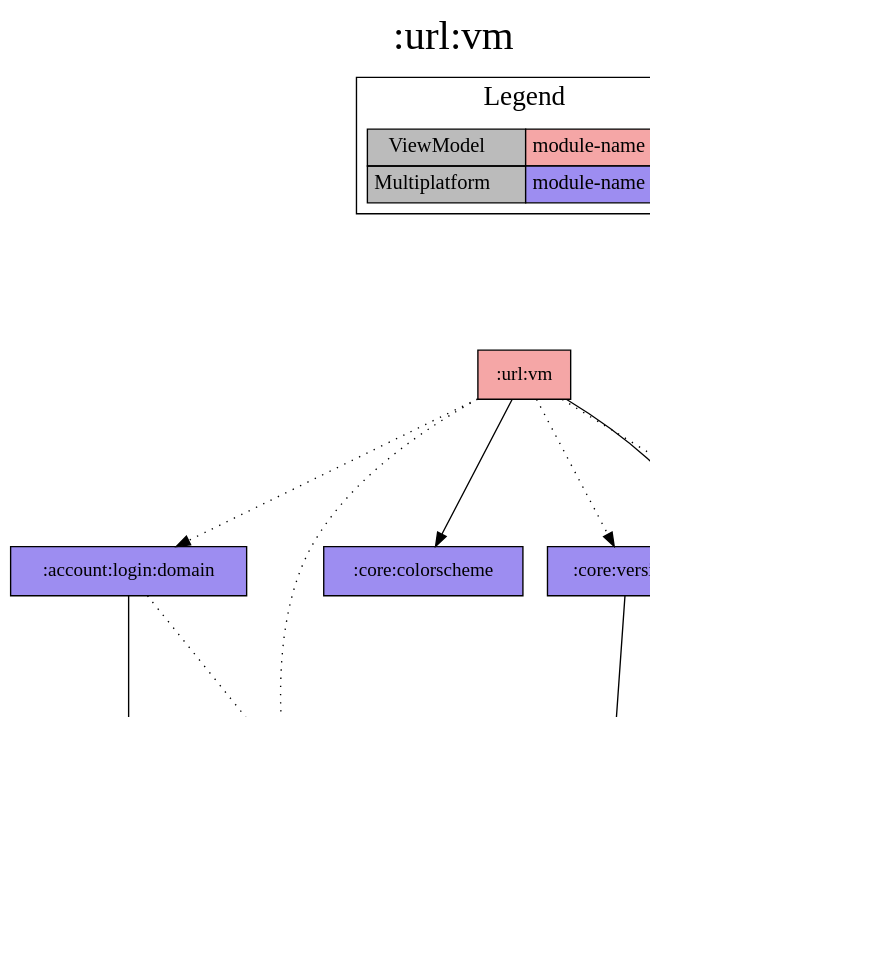
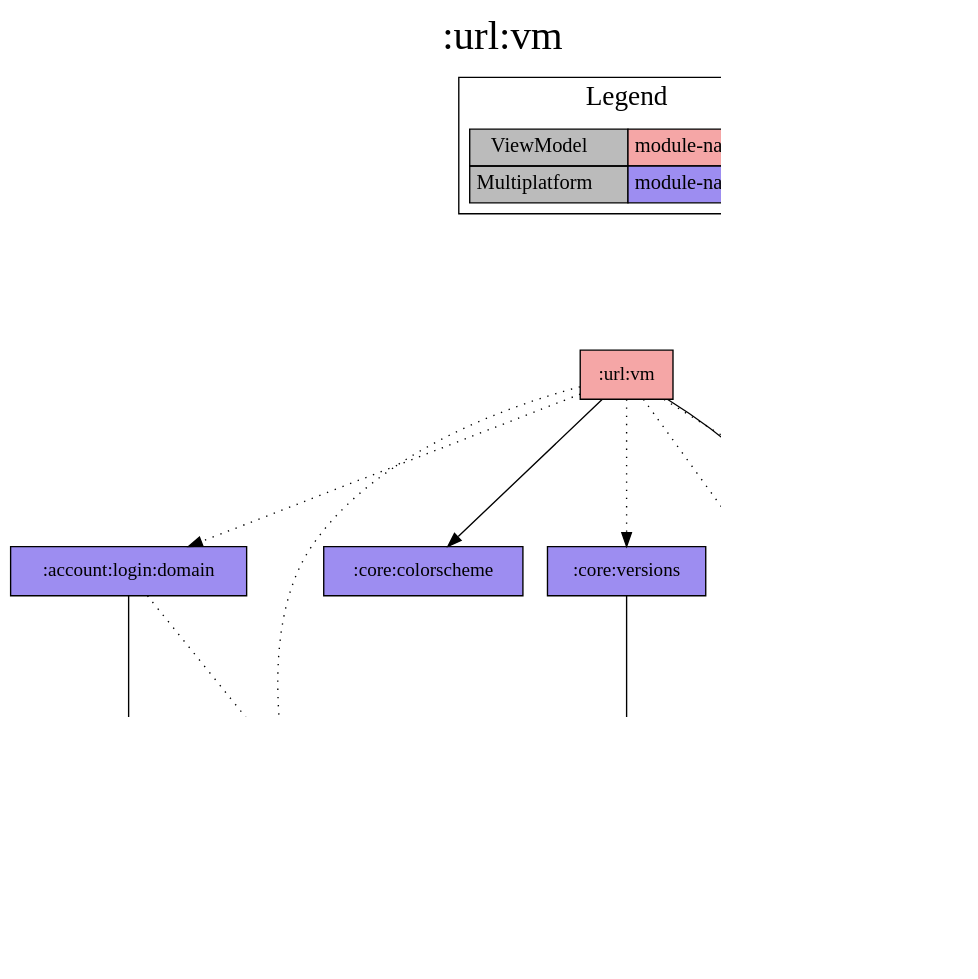
One commit to jonapoul/aktual changed the diagram in modules/url/vm/project-dependency-graph.dot. Above: the diagram before and after it, drawn with Graphviz. The commit also changed 89 other files, not shown here.

```diff
--- a/modules/url/vm/project-dependency-graph.dot
+++ b/modules/url/vm/project-dependency-graph.dot
@@ -1,42 +1,44 @@
 digraph {
 edge ["dir"="forward"]
 graph ["dpi"="100","label"=":url:vm","labelloc"="t","fontsize"="30","ranksep"="1.5","rankdir"="TB"]
 node ["style"="filled"]
 ":account:login:domain" ["fillcolor"="#9D8DF1","shape"="box"]
 ":account:model" ["fillcolor"="#9D8DF1","shape"="box"]
 ":api:actual" ["fillcolor"="#9D8DF1","shape"="box"]
 ":budget:model" ["fillcolor"="#9D8DF1","shape"="box"]
 ":core:buildconfig" ["fillcolor"="#9D8DF1","shape"="box"]
 ":core:colorscheme" ["fillcolor"="#9D8DF1","shape"="box"]
 ":core:versions" ["fillcolor"="#9D8DF1","shape"="box"]
+":log" ["fillcolor"="#9D8DF1","shape"="box"]
 ":url:model" ["fillcolor"="#9D8DF1","shape"="box"]
 ":url:prefs" ["fillcolor"="#9D8DF1","shape"="box"]
 ":url:vm" ["fillcolor"="#F5A6A6","shape"="box"]
 {
 edge ["dir"="none"]
 graph ["rank"="same"]
 }
 ":account:login:domain" -> ":account:model"
 ":account:login:domain" -> ":api:actual" ["style"="dotted"]
 ":api:actual" -> ":account:model"
 ":api:actual" -> ":budget:model"
 ":api:actual" -> ":url:model"
 ":core:versions" -> ":core:buildconfig"
 ":url:prefs" -> ":url:model"
 ":url:vm" -> ":account:login:domain" ["style"="dotted"]
 ":url:vm" -> ":api:actual" ["style"="dotted"]
 ":url:vm" -> ":core:colorscheme"
 ":url:vm" -> ":core:versions" ["style"="dotted"]
+":url:vm" -> ":log" ["style"="dotted"]
 ":url:vm" -> ":url:model"
 ":url:vm" -> ":url:prefs" ["style"="dotted"]
 subgraph "cluster_legend" {
 edge ["dir"="none"]
 graph ["label"="Legend","fontsize"="20"]
 "Legend" ["style"="filled","fillcolor"="#bbbbbb","shape"="none","margin"="0","fontsize"="15","label"=<
 <TABLE BORDER="0" CELLBORDER="1" CELLSPACING="0" CELLPADDING="4">
 <TR><TD>ViewModel</TD><TD BGCOLOR="#F5A6A6">module-name</TD></TR>
 <TR><TD>Multiplatform</TD><TD BGCOLOR="#9D8DF1">module-name</TD></TR>
 </TABLE>
 >]
 } -> ":url:vm" ["style"="invis"]
 }
```
